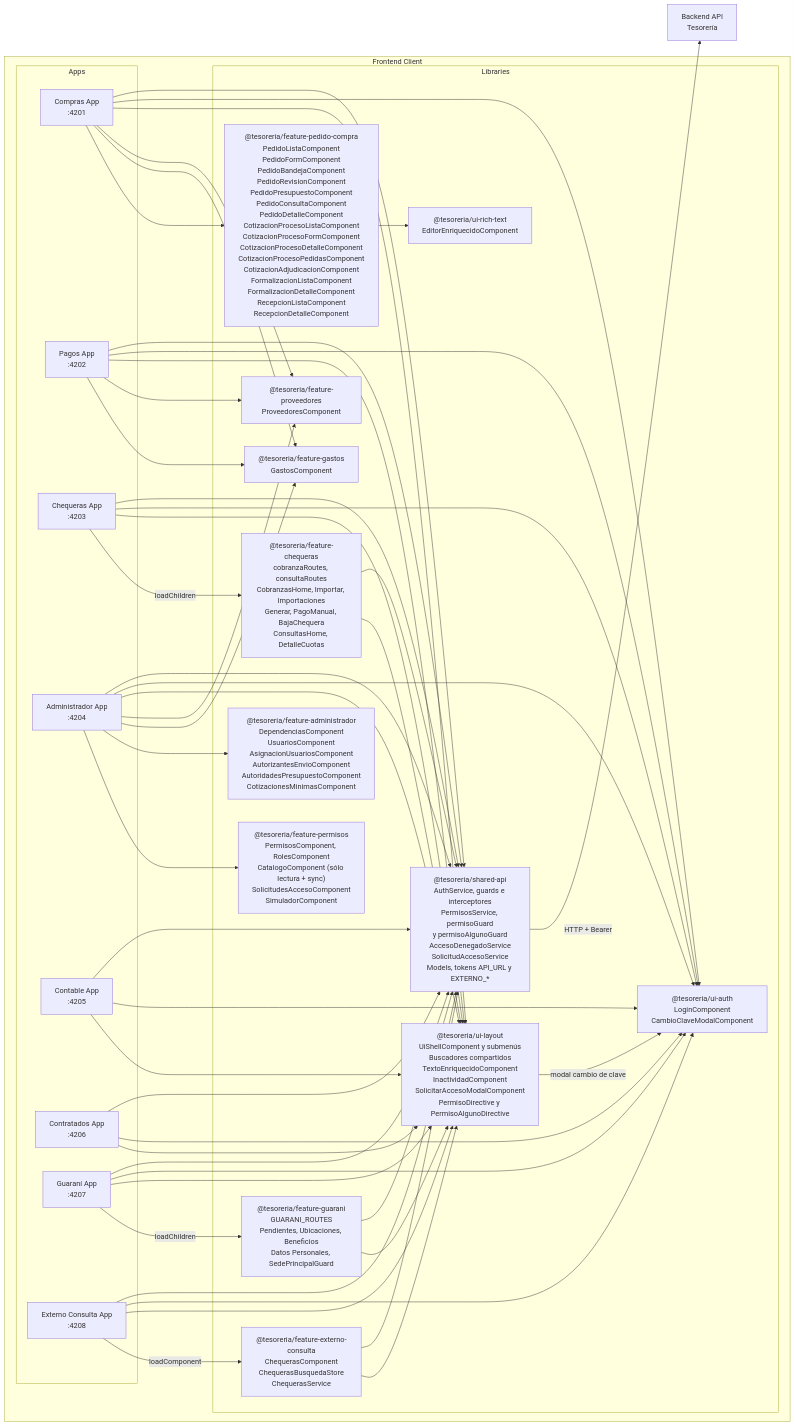
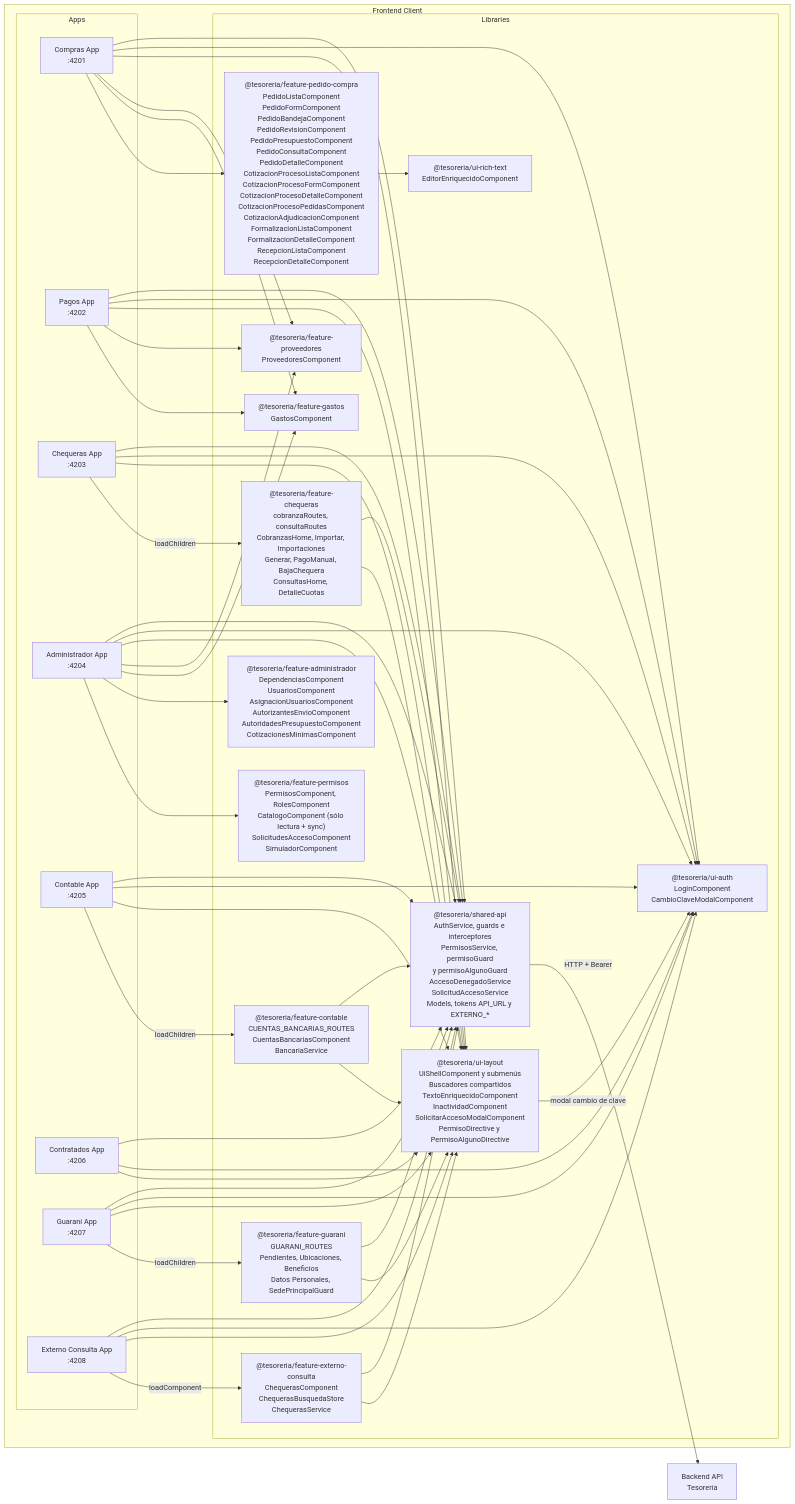
The first of 8 diagrams in docs/architecture.md (UM-services/UM.tesoreria.frontend-client), drawn with Mermaid before and after one commit. The commit also changed 5 other files, not shown here.

```diff
--- a/docs/architecture.md
+++ b/docs/architecture.md
@@ -28,6 +28,7 @@
             FeaturePermisos["@tesoreria/feature-permisos<br/>PermisosComponent, RolesComponent<br/>CatalogoComponent (sólo lectura + sync)<br/>SolicitudesAccesoComponent<br/>SimuladorComponent"]
             FeatureGuarani["@tesoreria/feature-guarani<br/>GUARANI_ROUTES<br/>Pendientes, Ubicaciones, Beneficios<br/>Datos Personales, SedePrincipalGuard"]
             FeatureExterno["@tesoreria/feature-externo-consulta<br/>ChequerasComponent<br/>ChequerasBusquedaStore<br/>ChequerasService"]
+            FeatureContable["@tesoreria/feature-contable<br/>CUENTAS_BANCARIAS_ROUTES<br/>CuentasBancariasComponent<br/>BancariaService"]
             FeatureChequeras["@tesoreria/feature-chequeras<br/>cobranzaRoutes, consultaRoutes<br/>CobranzasHome, Importar, Importaciones<br/>Generar, PagoManual, BajaChequera<br/>ConsultasHome, DetalleCuotas"]
         end
     end
@@ -63,6 +64,9 @@
     Contable --> SharedAPI
     Contable --> UIAuth
     Contable --> UILayout
+    Contable -->|"loadChildren"| FeatureContable
+    FeatureContable --> SharedAPI
+    FeatureContable --> UILayout
 
     Contratados --> SharedAPI
     Contratados --> UIAuth
```
